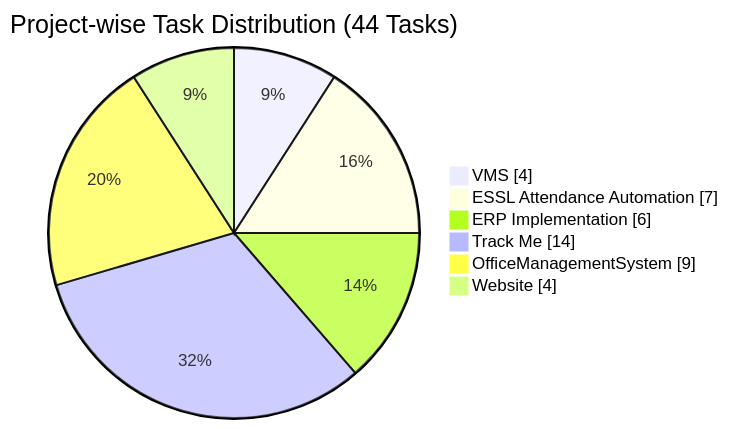
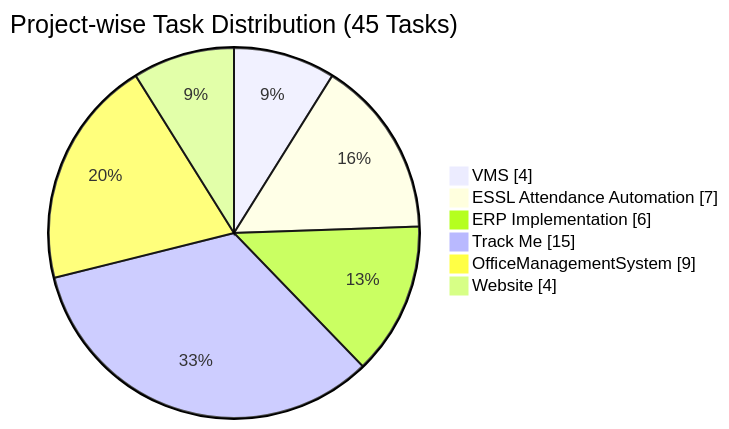
The first of 3 diagrams in Global_Summary.md (Realityspeaker/My-Work-Diary), drawn with Mermaid before and after one commit. The commit also changed other lines of this file, not shown here.

Commit message:
Update task metrics and completion rates

````diff
--- a/Global_Summary.md
+++ b/Global_Summary.md
@@ -27,10 +27,10 @@
 ```mermaid
 pie showData
-    title Project-wise Task Distribution (44 Tasks)
+    title Project-wise Task Distribution (45 Tasks)
     "VMS" : 4
     "ESSL Attendance Automation" : 7
     "ERP Implementation" : 6
-    "Track Me" : 14
+    "Track Me" : 15
     "OfficeManagementSystem" : 9
     "Website" : 4
 ```
````
